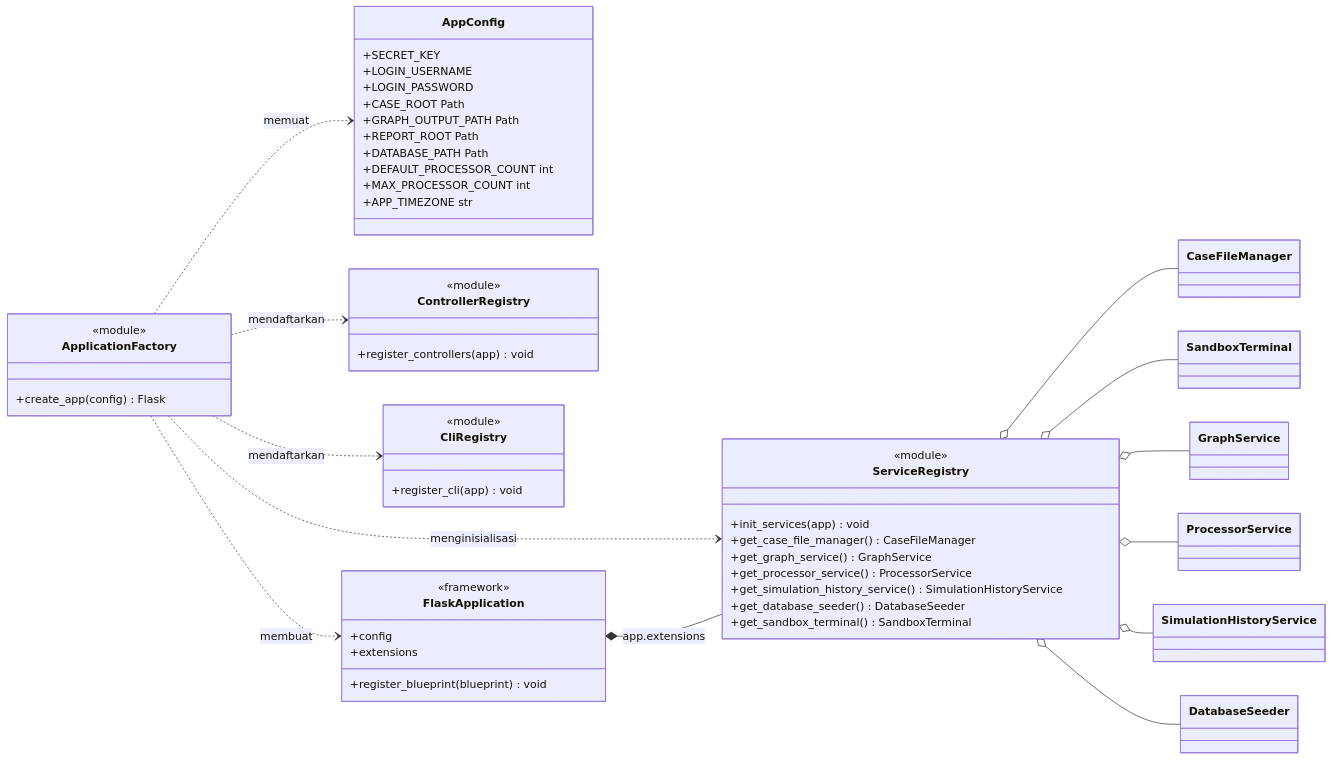
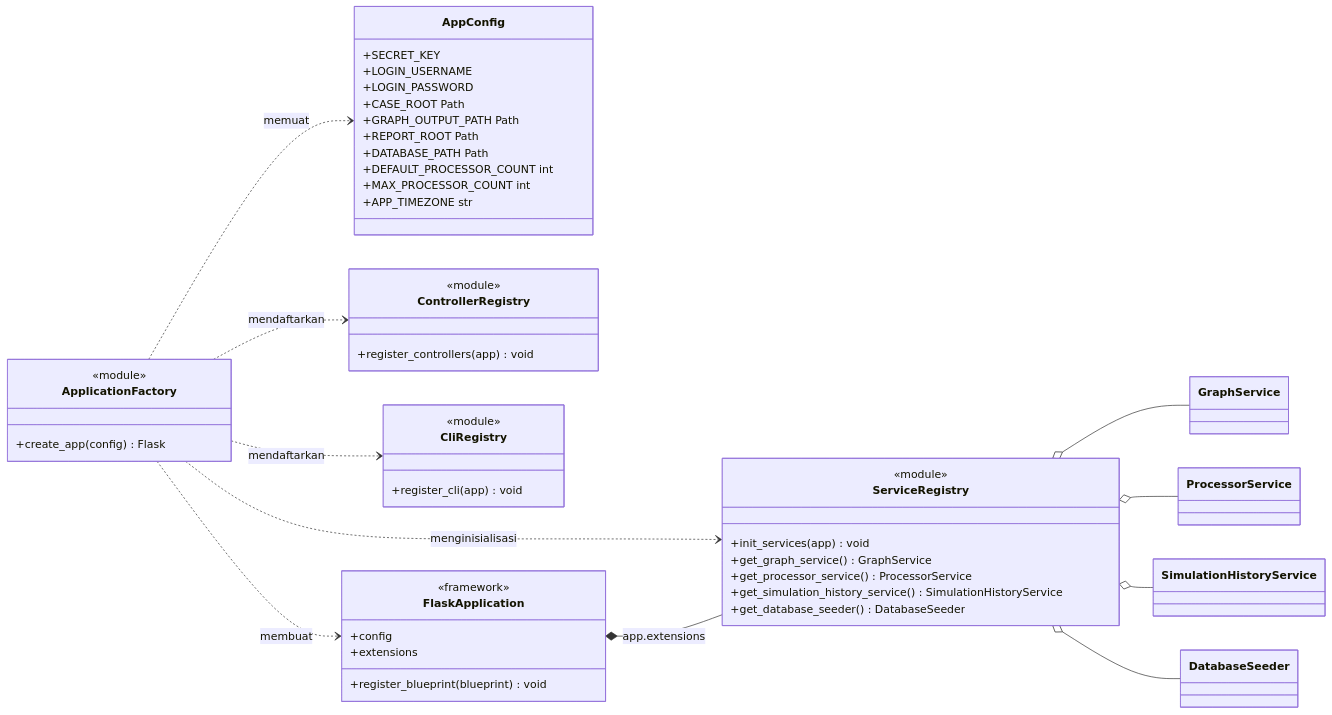
The first of 3 diagrams in UML/class.md (noosabaktee/interface_onproduct), drawn with Mermaid before and after one commit. The commit also changed other lines of this file and 25 other files, not shown here.

Commit message:
delete case file manager & terminal for skripsi

````diff
--- a/UML/class.md
+++ b/UML/class.md
@@ -11,70 +11,64 @@
 ```mermaid
 classDiagram
     direction LR
 
     class ApplicationFactory {
         <<module>>
         +create_app(config) Flask
     }
 
     class AppConfig {
         +SECRET_KEY
         +LOGIN_USERNAME
         +LOGIN_PASSWORD
         +CASE_ROOT Path
         +GRAPH_OUTPUT_PATH Path
         +REPORT_ROOT Path
         +DATABASE_PATH Path
         +DEFAULT_PROCESSOR_COUNT int
         +MAX_PROCESSOR_COUNT int
         +APP_TIMEZONE str
     }
 
     class ServiceRegistry {
         <<module>>
         +init_services(app) void
-        +get_case_file_manager() CaseFileManager
         +get_graph_service() GraphService
         +get_processor_service() ProcessorService
         +get_simulation_history_service() SimulationHistoryService
         +get_database_seeder() DatabaseSeeder
-        +get_sandbox_terminal() SandboxTerminal
     }
 
     class ControllerRegistry {
         <<module>>
         +register_controllers(app) void
     }
 
     class CliRegistry {
         <<module>>
         +register_cli(app) void
     }
 
     class FlaskApplication {
         <<framework>>
         +config
         +extensions
         +register_blueprint(blueprint) void
     }
 
-    class CaseFileManager
-    class SandboxTerminal
     class GraphService
     class ProcessorService
     class SimulationHistoryService
     class DatabaseSeeder
 
     ApplicationFactory ..> AppConfig : memuat
     ApplicationFactory ..> ServiceRegistry : menginisialisasi
     ApplicationFactory ..> ControllerRegistry : mendaftarkan
     ApplicationFactory ..> CliRegistry : mendaftarkan
     ApplicationFactory ..> FlaskApplication : membuat
     FlaskApplication *-- ServiceRegistry : app.extensions
-    ServiceRegistry o-- CaseFileManager
-    ServiceRegistry o-- SandboxTerminal
     ServiceRegistry o-- GraphService
     ServiceRegistry o-- ProcessorService
     ServiceRegistry o-- SimulationHistoryService
     ServiceRegistry o-- DatabaseSeeder
 ```
````
